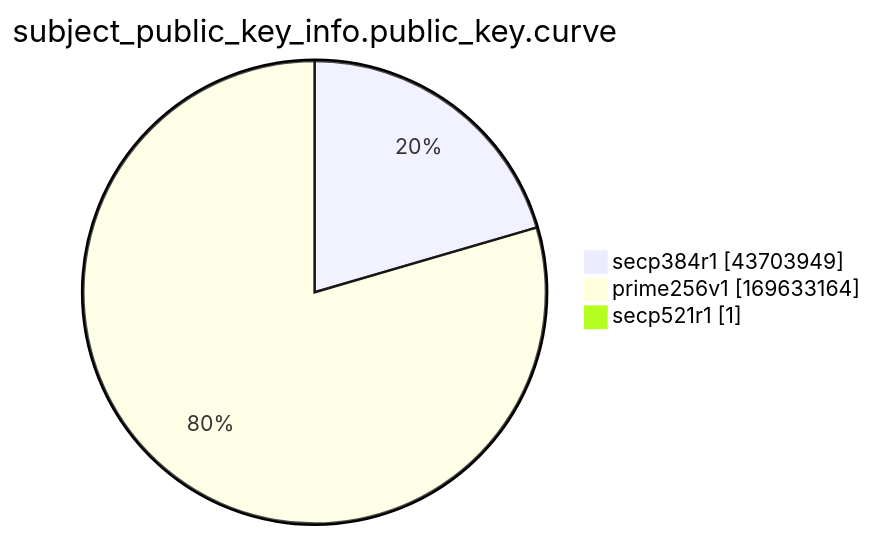
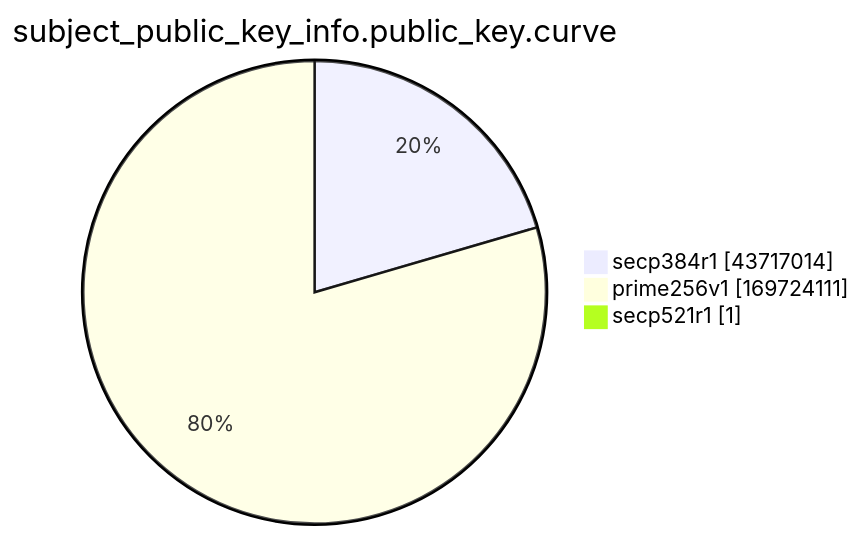
The ninth of 15 diagrams in xenon2022/README.md (christiankrug/ctmonitor_visualization), drawn with Mermaid before and after one commit. The commit also changed other lines of this file, not shown here.

````diff
--- a/xenon2022/README.md
+++ b/xenon2022/README.md
@@ -2871,7 +2871,7 @@
 ```mermaid
 pie showData
 title subject_public_key_info.public_key.curve
-"secp384r1" :43703949
-"prime256v1" :169633164
+"secp384r1" :43717014
+"prime256v1" :169724111
 "secp521r1" :1
 ```
````
